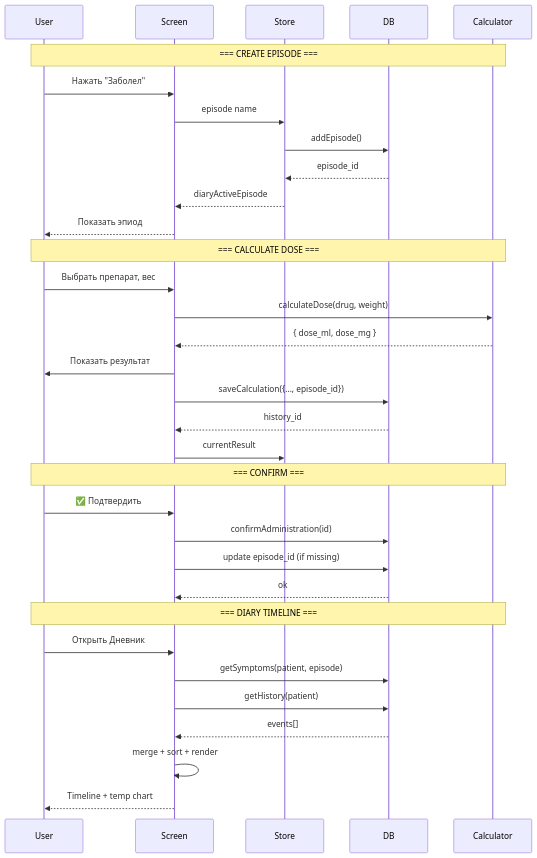
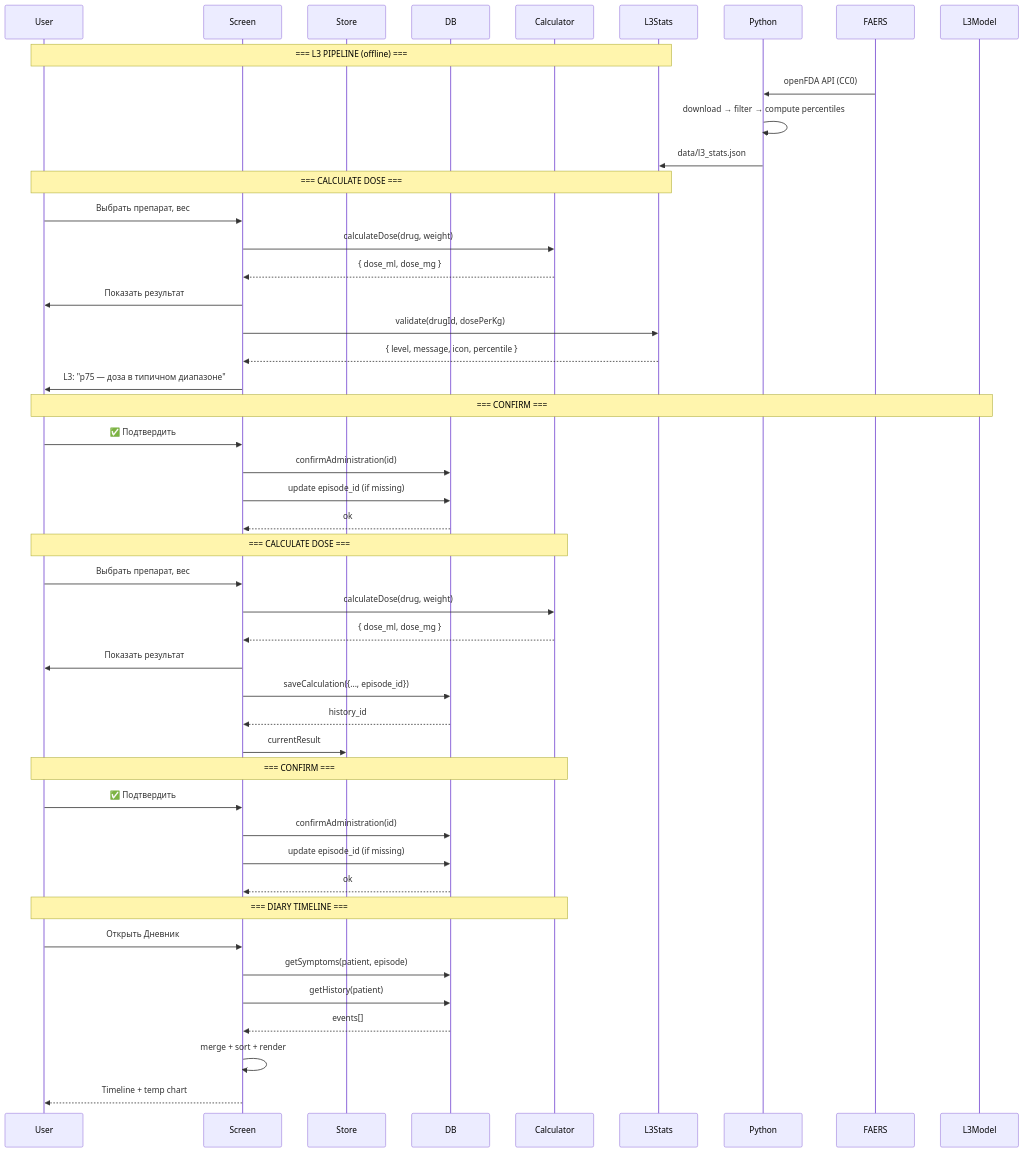
Before and after one commit to TestingInPractice/pediatric-dose-pwa: the second of 4 diagrams in AGENTS.md, drawn with Mermaid. The commit also changed other lines of this file and 25 other files, not shown here.

First line of the commit message:
feat: L3 FAERS stats pipeline + ONNX module with 941 pediatric records

````diff
--- a/AGENTS.md
+++ b/AGENTS.md
@@ -121,39 +138,54 @@
 ```mermaid
 sequenceDiagram
     participant User
     participant Screen
     participant Store
     participant DB
     participant Calculator
+    participant L3Stats
 
-    Note over User,Calculator: === CREATE EPISODE ===
-    User->>Screen: Нажать "Заболел"
-    Screen->>Store: episode name
-    Store->>DB: addEpisode()
-    DB-->>Store: episode_id
-    Store-->>Screen: diaryActiveEpisode
-    Screen-->>User: Показать эпиод
+    Note over User,L3Stats: === L3 PIPELINE (offline) ===
+    participant Python
+    participant FAERS
+    FAERS->>Python: openFDA API (CC0)
+    Python->>Python: download → filter → compute percentiles
+    Python->>L3Stats: data/l3_stats.json
+
+    Note over User,L3Stats: === CALCULATE DOSE ===
+    User->>Screen: Выбрать препарат, вес
+    Screen->>Calculator: calculateDose(drug, weight)
+    Calculator-->>Screen: { dose_ml, dose_mg }
+    Screen->>User: Показать результат
+    Screen->>L3Stats: validate(drugId, dosePerKg)
+    L3Stats-->>Screen: { level, message, icon, percentile }
+    Screen->>User: L3: "p75 — доза в типичном диапазоне"
+
+    Note over User,L3Model: === CONFIRM ===
+    User->>Screen: ✅ Подтвердить
+    Screen->>DB: confirmAdministration(id)
+    Screen->>DB: update episode_id (if missing)
+    DB-->>Screen: ok
 
     Note over User,Calculator: === CALCULATE DOSE ===
     User->>Screen: Выбрать препарат, вес
     Screen->>Calculator: calculateDose(drug, weight)
     Calculator-->>Screen: { dose_ml, dose_mg }
     Screen->>User: Показать результат
     Screen->>DB: saveCalculation({..., episode_id})
     DB-->>Screen: history_id
     Screen->>Store: currentResult
 
     Note over User,Calculator: === CONFIRM ===
     User->>Screen: ✅ Подтвердить
     Screen->>DB: confirmAdministration(id)
     Screen->>DB: update episode_id (if missing)
     DB-->>Screen: ok
 
     Note over User,Calculator: === DIARY TIMELINE ===
     User->>Screen: Открыть Дневник
     Screen->>DB: getSymptoms(patient, episode)
     Screen->>DB: getHistory(patient)
     DB-->>Screen: events[]
     Screen->>Screen: merge + sort + render
     Screen-->>User: Timeline + temp chart
 ```
````
